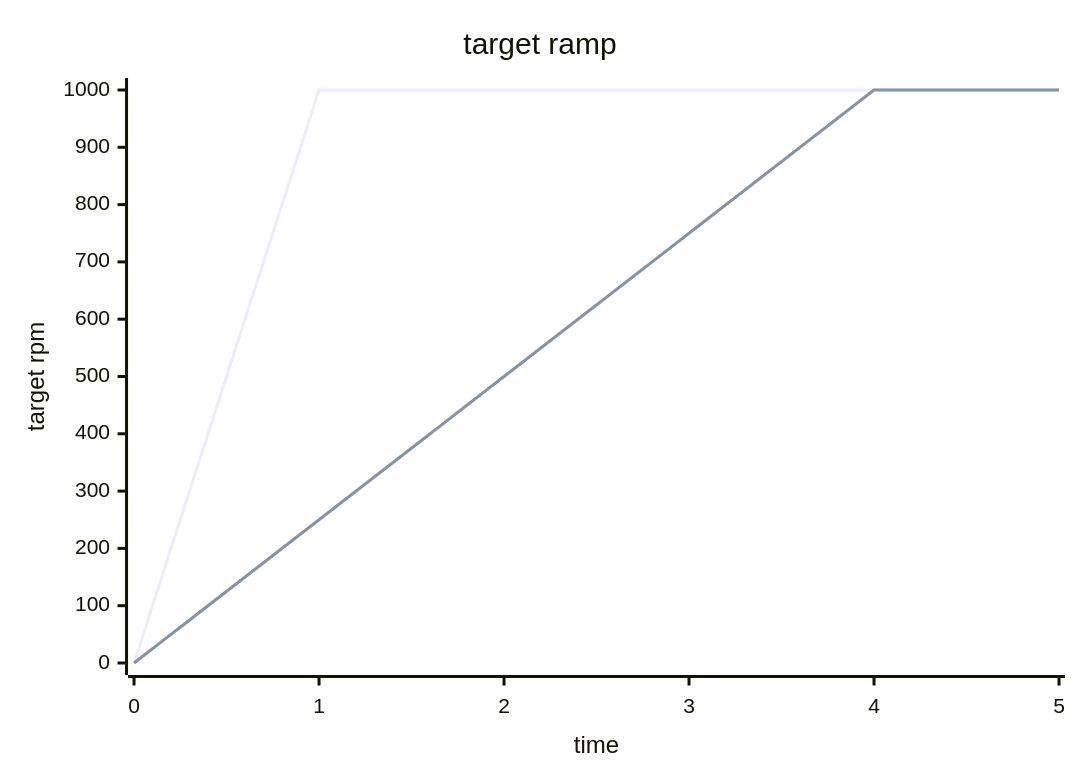
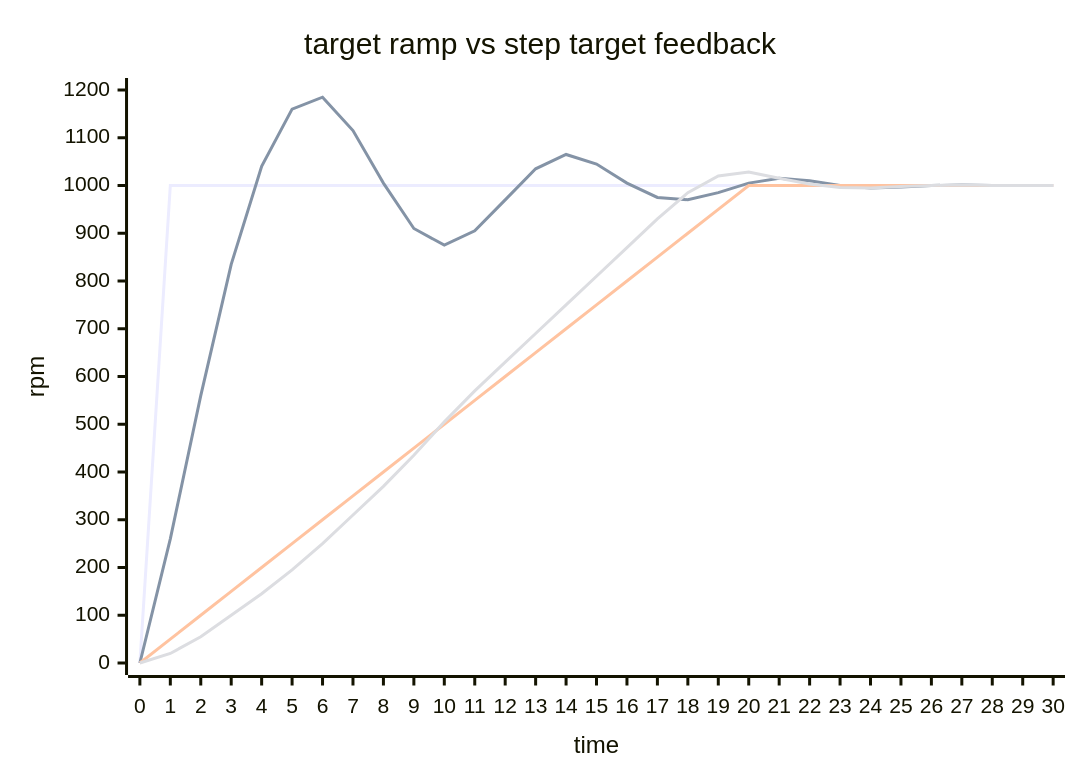
Before and after one commit to inaku-Gyan/RM-EC-Tutorial-2026-Summer: diagram 14 of 16 in decks/kinematics-pid/slides.md, drawn with Mermaid. The commit also changed other lines of this file, not shown here.

Commit message:
优化 PID 相关曲线图

````diff
--- a/decks/kinematics-pid/slides.md
+++ b/decks/kinematics-pid/slides.md
@@ -1091,8 +1087,10 @@
 ```mermaid
 xychart-beta
-  title "target ramp"
-  x-axis "time" [0, 1, 2, 3, 4, 5]
-  y-axis "target rpm" 0 --> 1000
-  line "step target" [0, 1000, 1000, 1000, 1000, 1000]
-  line "ramped target" [0, 250, 500, 750, 1000, 1000]
+  title "target ramp vs step target feedback"
+  x-axis "time" [0, 1, 2, 3, 4, 5, 6, 7, 8, 9, 10, 11, 12, 13, 14, 15, 16, 17, 18, 19, 20, 21, 22, 23, 24, 25, 26, 27, 28, 29, 30]
+  y-axis "rpm" 0 --> 1200
+  line "step target" [0, 1000, 1000, 1000, 1000, 1000, 1000, 1000, 1000, 1000, 1000, 1000, 1000, 1000, 1000, 1000, 1000, 1000, 1000, 1000, 1000, 1000, 1000, 1000, 1000, 1000, 1000, 1000, 1000, 1000, 1000]
+  line "step feedback" [0, 260, 560, 835, 1040, 1160, 1185, 1115, 1005, 910, 875, 905, 970, 1035, 1065, 1045, 1005, 975, 970, 985, 1005, 1015, 1010, 1000, 995, 997, 1000, 1001, 1000, 1000, 1000]
+  line "ramped target" [0, 50, 100, 150, 200, 250, 300, 350, 400, 450, 500, 550, 600, 650, 700, 750, 800, 850, 900, 950, 1000, 1000, 1000, 1000, 1000, 1000, 1000, 1000, 1000, 1000, 1000]
+  line "ramped feedback" [0, 20, 55, 100, 145, 195, 250, 310, 370, 435, 505, 570, 630, 690, 750, 810, 870, 930, 985, 1020, 1028, 1015, 1003, 996, 995, 998, 1000, 1001, 1000, 1000, 1000]
 ```
````
